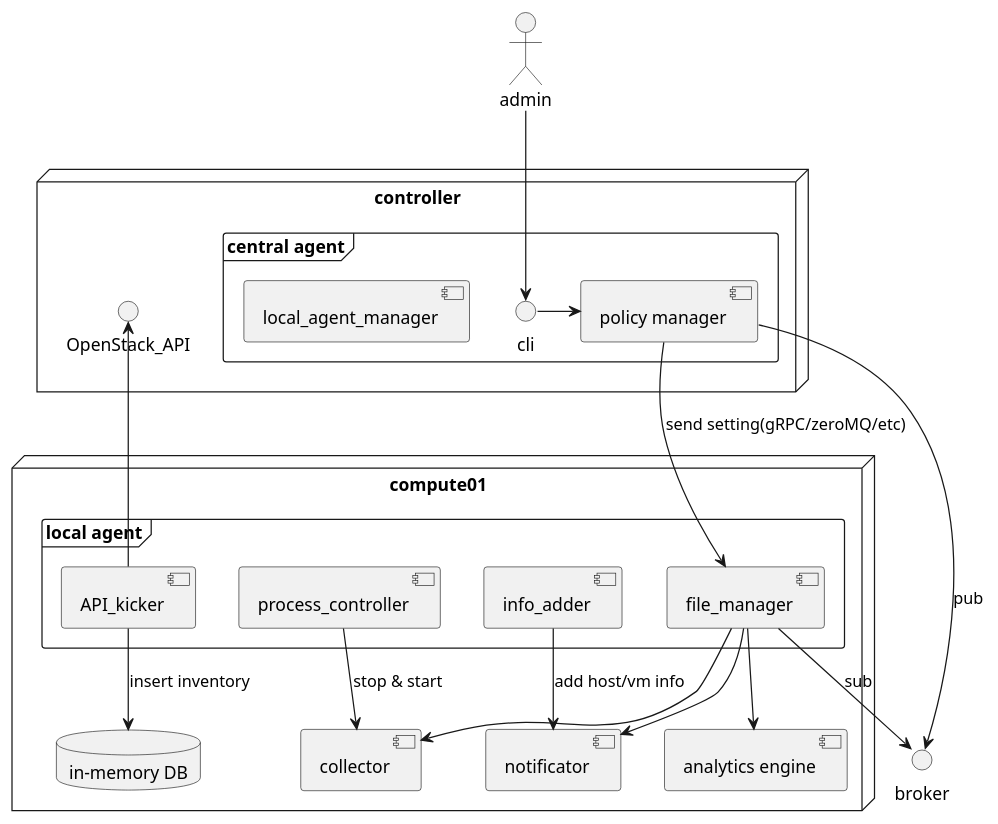
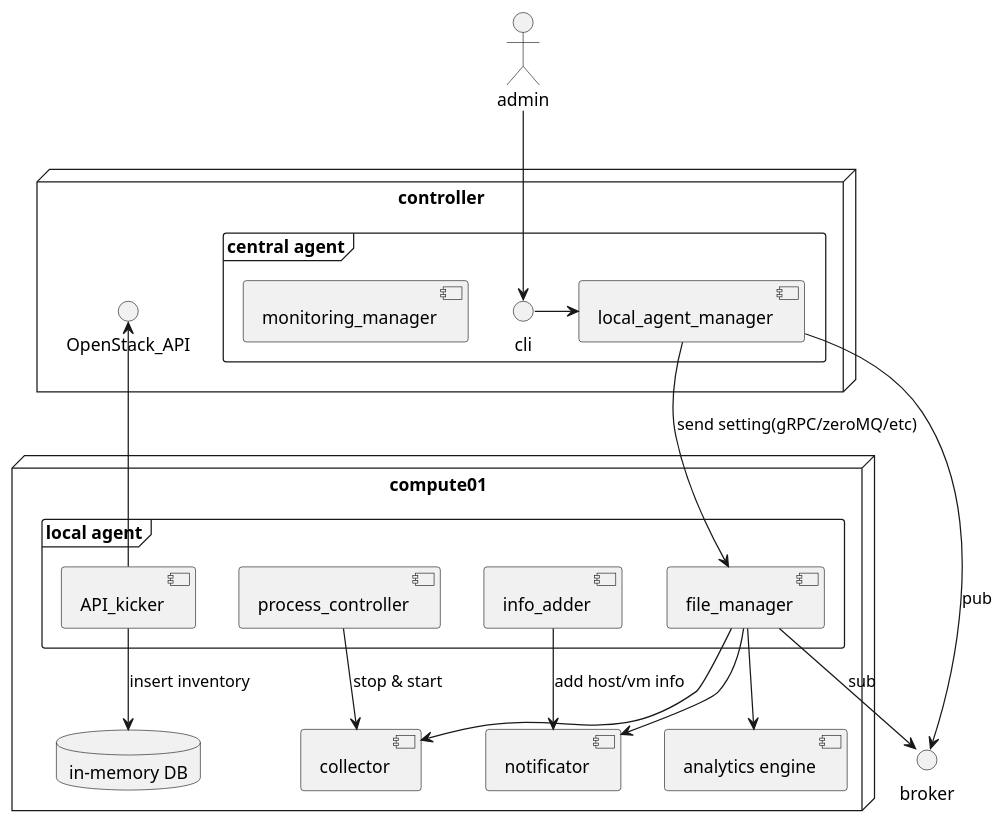
The diagram in doc/agent_component.md (distributed-monitoring/agent), drawn with PlantUML before and after one commit.

Commit message:
Change name of managers

````diff
--- a/doc/agent_component.md
+++ b/doc/agent_component.md
@@ -1,36 +1,36 @@
 ```uml
 @startuml
 actor admin
 
 node "controller" {
   frame "central agent" {
     admin --> ()cli
-    ()cli -> [policy manager]
-    [local_agent_manager]
+    ()cli -> [local_agent_manager]
+    [monitoring_manager]
   }
   () OpenStack_API
 }
 
-[policy manager] ---> ()broker : pub
+[local_agent_manager] ---> ()broker : pub
 
 node "compute01"{
   frame "local agent" {
     [file_manager]
     [process_controller]
     [API_kicker]
     [info_adder]
   }
-  [policy manager] --> [file_manager] : send setting(gRPC/zeroMQ/etc)
+  [local_agent_manager] --> [file_manager] : send setting(gRPC/zeroMQ/etc)
   [file_manager] -> ()broker : sub
   [file_manager] --> [collector]
   [process_controller] --> [collector] : stop & start
   [file_manager] --> [notificator]
   [file_manager] --> [analytics engine]
   database "in-memory DB"
   [API_kicker] --> () OpenStack_API
   [API_kicker] --> [in-memory DB] : insert inventory
   [info_adder] --> [notificator] : add host/vm info
 }
 
 @enduml
 ```
````
